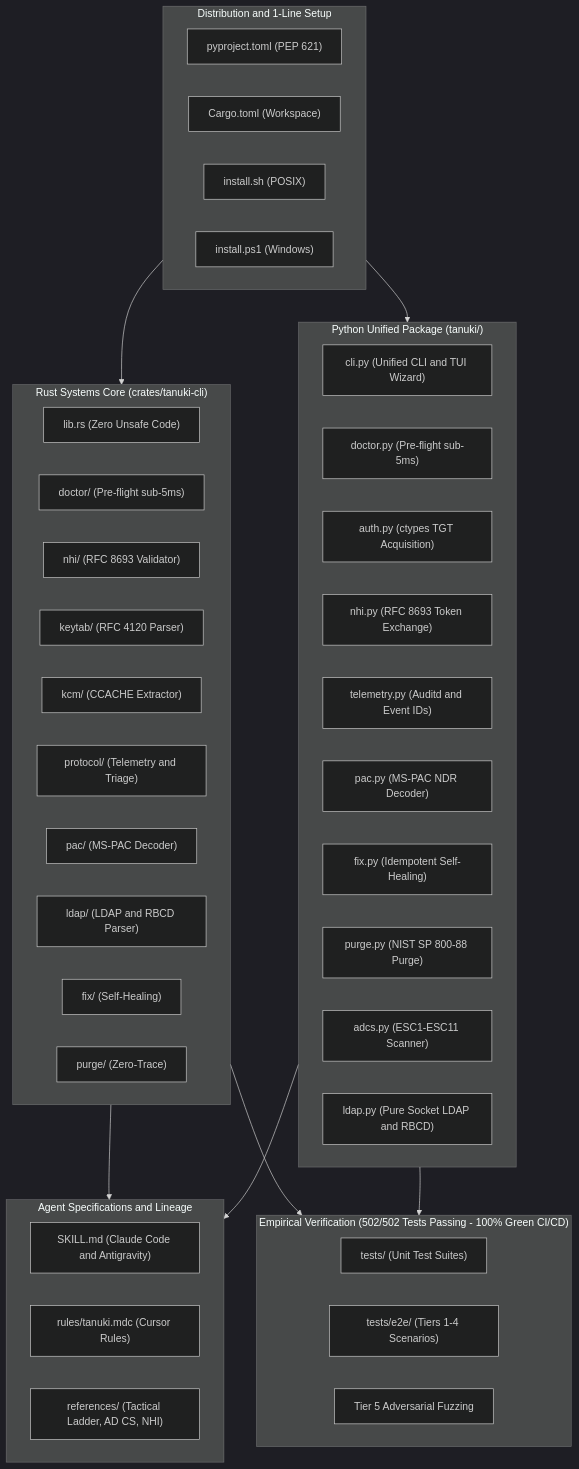
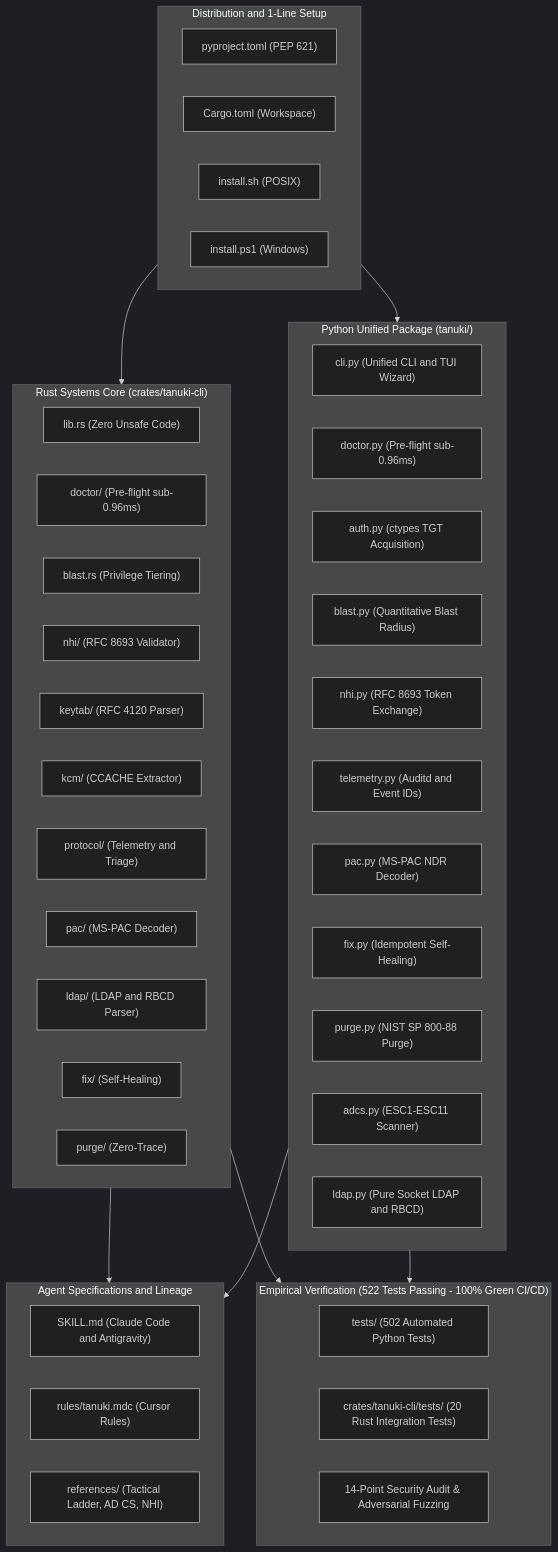
One commit to Mafifrizi/tanuki changed the diagram in README.md. Above: the diagram before and after it, drawn with Mermaid (dark theme). The commit also changed other lines of this file, not shown here.

Commit message:
docs(readme): expand missing CLI tooling, complete 4-act storyboard, and finalize subsystem directory mapping

````diff
--- a/README.md
+++ b/README.md
@@ -604,54 +722,56 @@
 ```mermaid
 flowchart TD
     subgraph DIST["Distribution and 1-Line Setup"]
         M1["pyproject.toml (PEP 621)"]
         M2["Cargo.toml (Workspace)"]
         I1["install.sh (POSIX)"]
         I2["install.ps1 (Windows)"]
     end
 
     subgraph RUST_ENGINE["Rust Systems Core (crates/tanuki-cli)"]
         R_LIB["lib.rs (Zero Unsafe Code)"]
-        R_DOC["doctor/ (Pre-flight sub-5ms)"]
+        R_DOC["doctor/ (Pre-flight sub-0.96ms)"]
+        R_BLAST["blast.rs (Privilege Tiering)"]
         R_NHI["nhi/ (RFC 8693 Validator)"]
         R_KT["keytab/ (RFC 4120 Parser)"]
         R_KCM["kcm/ (CCACHE Extractor)"]
         R_TEL["protocol/ (Telemetry and Triage)"]
         R_PAC["pac/ (MS-PAC Decoder)"]
         R_LDAP["ldap/ (LDAP and RBCD Parser)"]
         R_FIX["fix/ (Self-Healing)"]
         R_PURGE["purge/ (Zero-Trace)"]
     end
 
     subgraph PY_ENGINE["Python Unified Package (tanuki/)"]
         P_CLI["cli.py (Unified CLI and TUI Wizard)"]
-        P_DOC["doctor.py (Pre-flight sub-5ms)"]
+        P_DOC["doctor.py (Pre-flight sub-0.96ms)"]
         P_AUTH["auth.py (ctypes TGT Acquisition)"]
+        P_BLAST["blast.py (Quantitative Blast Radius)"]
         P_NHI["nhi.py (RFC 8693 Token Exchange)"]
         P_TEL["telemetry.py (Auditd and Event IDs)"]
         P_PAC["pac.py (MS-PAC NDR Decoder)"]
         P_FIX["fix.py (Idempotent Self-Healing)"]
         P_PURGE["purge.py (NIST SP 800-88 Purge)"]
         P_ADCS["adcs.py (ESC1-ESC11 Scanner)"]
         P_LDAP["ldap.py (Pure Socket LDAP and RBCD)"]
     end
 
     subgraph AGENT_LAYER["Agent Specifications and Lineage"]
         S1["SKILL.md (Claude Code and Antigravity)"]
         S2["rules/tanuki.mdc (Cursor Rules)"]
         S3["references/ (Tactical Ladder, AD CS, NHI)"]
     end
 
-    subgraph VERIFICATION["Empirical Verification (502/502 Tests Passing - 100% Green CI/CD)"]
-        V1["tests/ (Unit Test Suites)"]
-        V2["tests/e2e/ (Tiers 1-4 Scenarios)"]
-        V3["Tier 5 Adversarial Fuzzing"]
+    subgraph VERIFICATION["Empirical Verification (522 Tests Passing - 100% Green CI/CD)"]
+        V1["tests/ (502 Automated Python Tests)"]
+        V2["crates/tanuki-cli/tests/ (20 Rust Integration Tests)"]
+        V3["14-Point Security Audit & Adversarial Fuzzing"]
     end
 
     DIST --> RUST_ENGINE
     DIST --> PY_ENGINE
     RUST_ENGINE --> AGENT_LAYER
     PY_ENGINE --> AGENT_LAYER
     RUST_ENGINE --> VERIFICATION
     PY_ENGINE --> VERIFICATION
 ```
````
